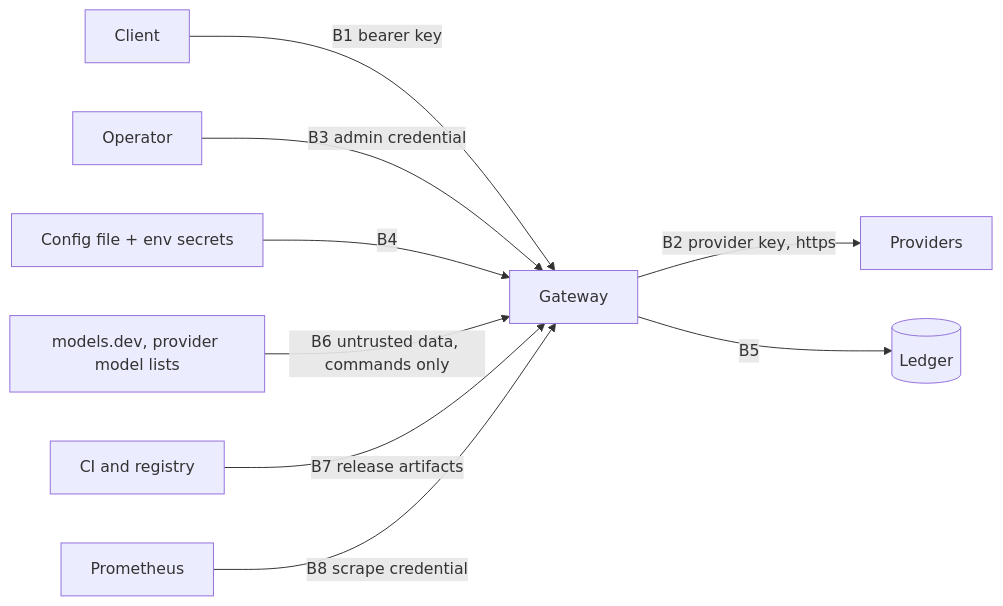
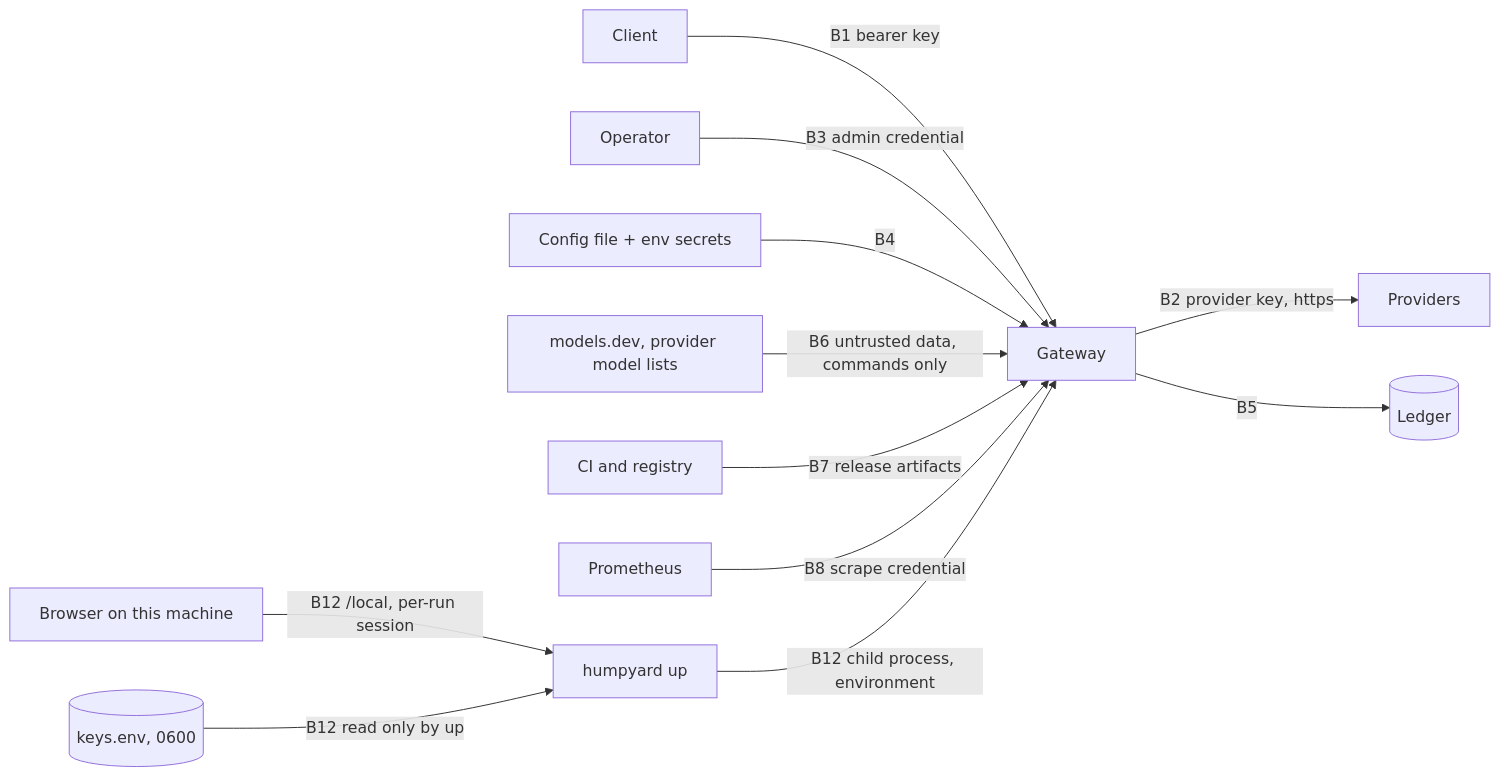
The diagram in docs/threat-model.md (gschaetz/humpyard), drawn with Mermaid before and after one commit. The commit also changed other lines of this file and 50 other files, not shown here.

First line of the commit message:
feat(up): humpyard up runs the gateway and the GUI for one machine (add-single-machine-up)

````diff
--- a/docs/threat-model.md
+++ b/docs/threat-model.md
@@ -39,11 +39,14 @@
 ```mermaid
 flowchart LR
   C[Client] -->|B1 bearer key| G[Gateway]
   G -->|B2 provider key, https| P[Providers]
   O[Operator] -->|B3 admin credential| G
   F[Config file + env secrets] -->|B4| G
   G -->|B5| L[(Ledger)]
   S[models.dev, provider model lists] -->|B6 untrusted data, commands only| G
   B[CI and registry] -->|B7 release artifacts| G
   M[Prometheus] -->|B8 scrape credential| G
+  U[Browser on this machine] -->|B12 /local, per-run session| UP[humpyard up]
+  UP -->|B12 child process, environment| G
+  K[(keys.env, 0600)] -->|B12 read only by up| UP
 ```
````
